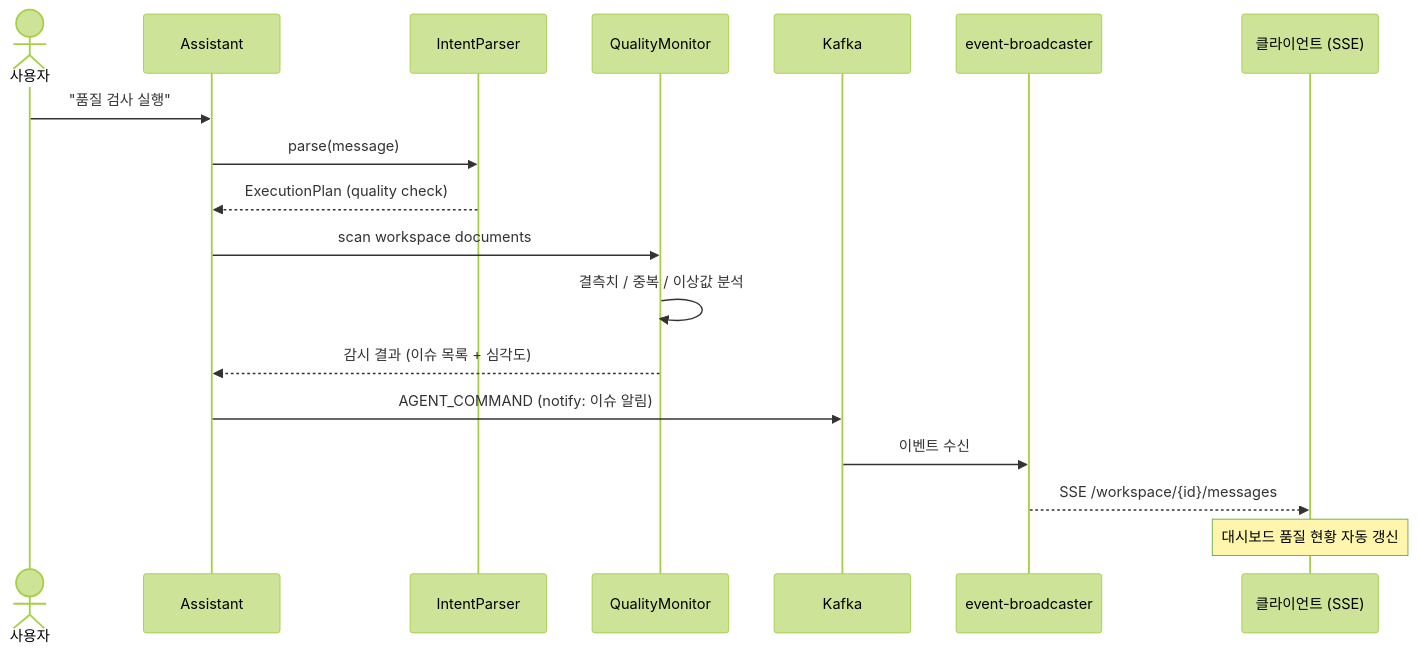
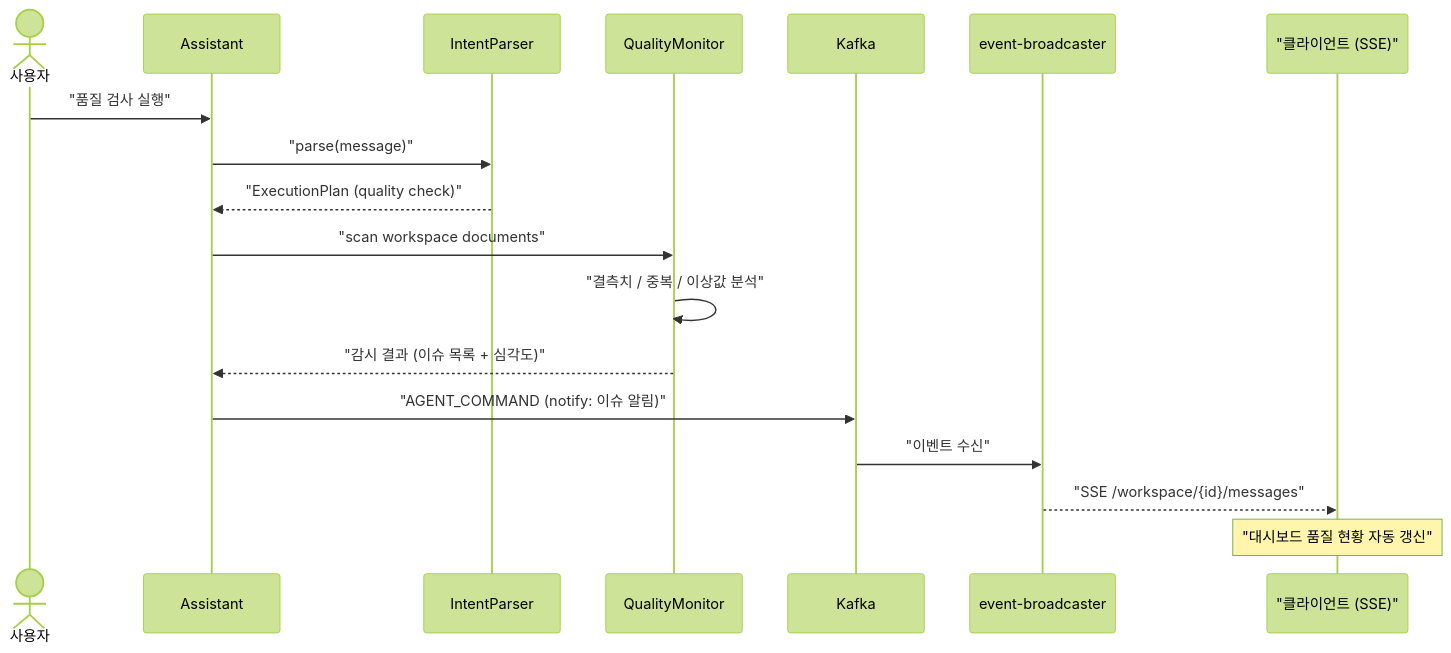
One commit to sayaya1090/handbook changed diagram 19 of 25 in docs/usecases.md. Above: the diagram before and after it, drawn with Mermaid (forest theme). The commit also changed other lines of this file and 22 other files, not shown here.

First line of the commit message:
docs: Mermaid 다이어그램 렌더링 오류 수정을 위한 구문 전수 교정

````diff
--- a/docs/usecases.md
+++ b/docs/usecases.md
@@ -1599,21 +1599,21 @@
 ```mermaid
 sequenceDiagram
     actor User as 사용자
     participant A as Assistant
     participant Parser as IntentParser
     participant QM as QualityMonitor
     participant K as Kafka
     participant EB as event-broadcaster
-    participant C as 클라이언트 (SSE)
+    participant C as "클라이언트 (SSE)"
 
     User->>A: "품질 검사 실행"
-    A->>Parser: parse(message)
-    Parser-->>A: ExecutionPlan (quality check)
-    A->>QM: scan workspace documents
-    QM->>QM: 결측치 / 중복 / 이상값 분석
-    QM-->>A: 감시 결과 (이슈 목록 + 심각도)
-    A->>K: AGENT_COMMAND (notify: 이슈 알림)
-    K->>EB: 이벤트 수신
-    EB-->>C: SSE /workspace/{id}/messages
-    Note over C: 대시보드 품질 현황 자동 갱신
+    A->>Parser: "parse(message)"
+    Parser-->>A: "ExecutionPlan (quality check)"
+    A->>QM: "scan workspace documents"
+    QM->>QM: "결측치 / 중복 / 이상값 분석"
+    QM-->>A: "감시 결과 (이슈 목록 + 심각도)"
+    A->>K: "AGENT_COMMAND (notify: 이슈 알림)"
+    K->>EB: "이벤트 수신"
+    EB-->>C: "SSE /workspace/{id}/messages"
+    Note over C: "대시보드 품질 현황 자동 갱신"
 ```
````
